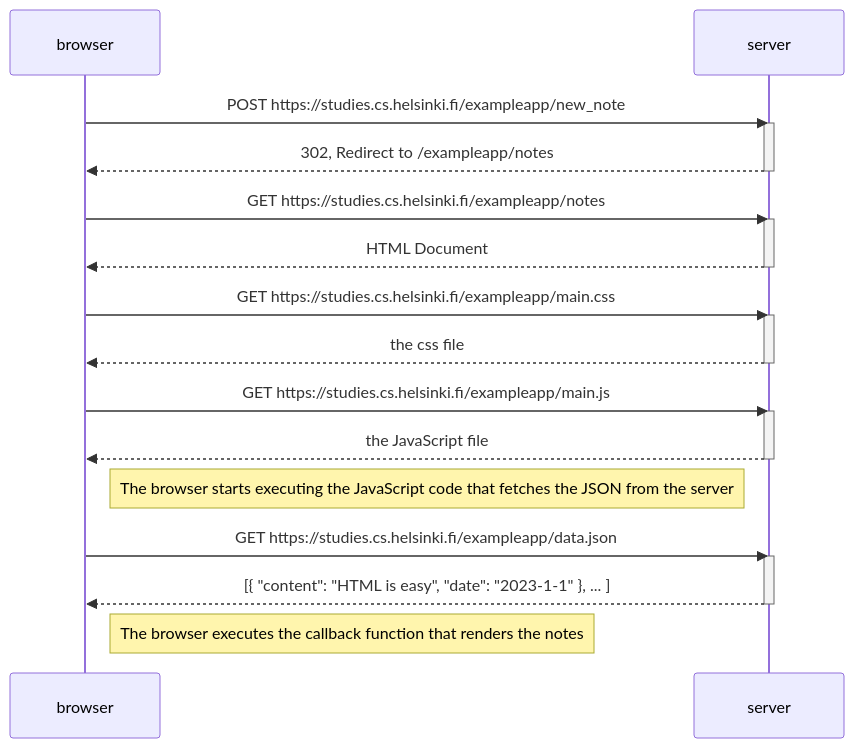
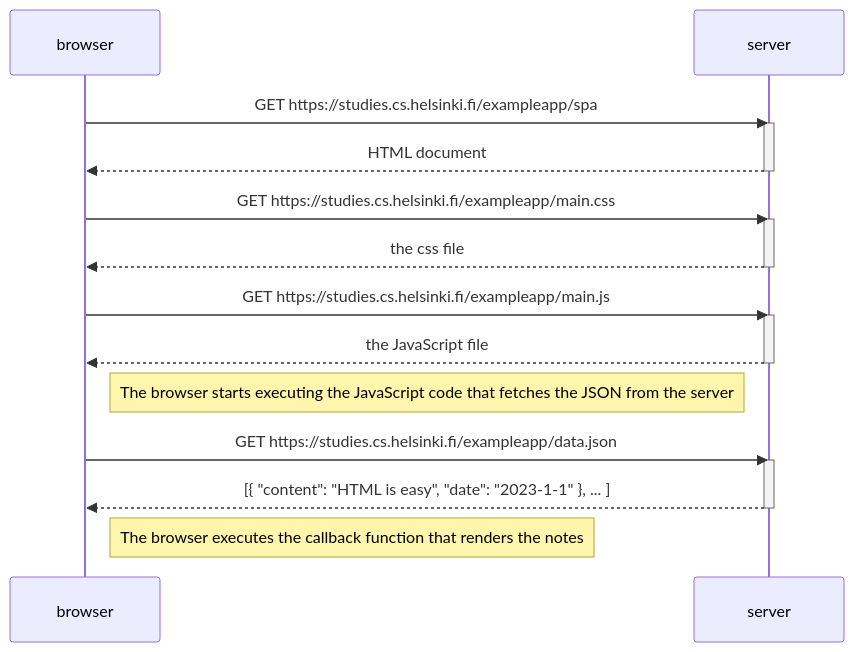
Before and after one commit to nokka7/fullstack2023: the diagram in ex0_5.md, drawn with Mermaid.

````diff
--- a/ex0_5.md
+++ b/ex0_5.md
@@ -1,34 +1,29 @@
 ```mermaid
 sequenceDiagram
     participant browser
     participant server
     
-    browser->>server: POST https://studies.cs.helsinki.fi/exampleapp/new_note
+    browser->>server: GET https://studies.cs.helsinki.fi/exampleapp/spa
     activate server
-    server-->>browser: 302, Redirect to /exampleapp/notes
-    deactivate server
-    
-    browser->>server: GET https://studies.cs.helsinki.fi/exampleapp/notes
-    activate server
-    server-->>browser: HTML Document
+    server-->>browser: HTML document
     deactivate server
     
     browser->>server: GET https://studies.cs.helsinki.fi/exampleapp/main.css
     activate server
     server-->>browser: the css file
     deactivate server
     
     browser->>server: GET https://studies.cs.helsinki.fi/exampleapp/main.js
     activate server
     server-->>browser: the JavaScript file
     deactivate server
     
     Note right of browser: The browser starts executing the JavaScript code that fetches the JSON from the server
     
     browser->>server: GET https://studies.cs.helsinki.fi/exampleapp/data.json
     activate server
     server-->>browser: [{ "content": "HTML is easy", "date": "2023-1-1" }, ... ]
-    deactivate server
+    deactivate server    
 
-    Note right of browser: The browser executes the callback function that renders the notes
+    Note right of browser: The browser executes the callback function that renders the notes 
 ```
````
